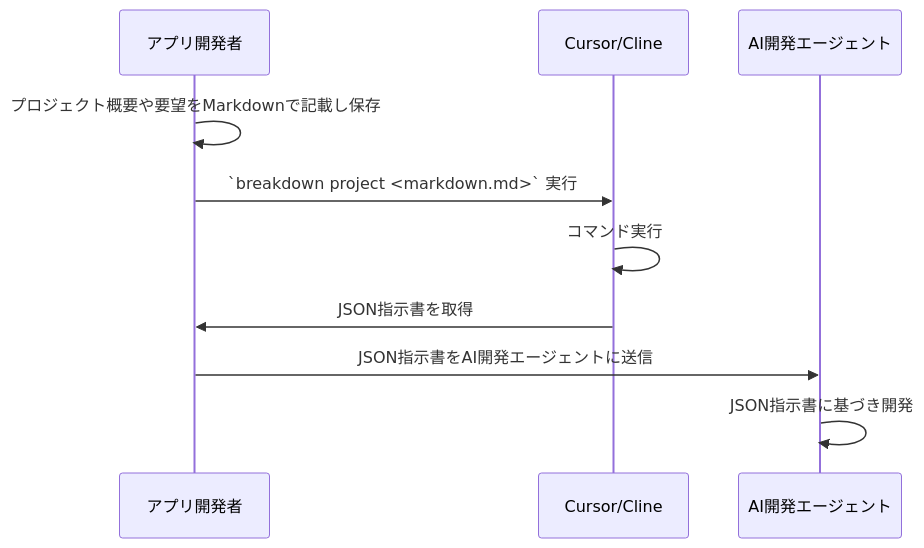
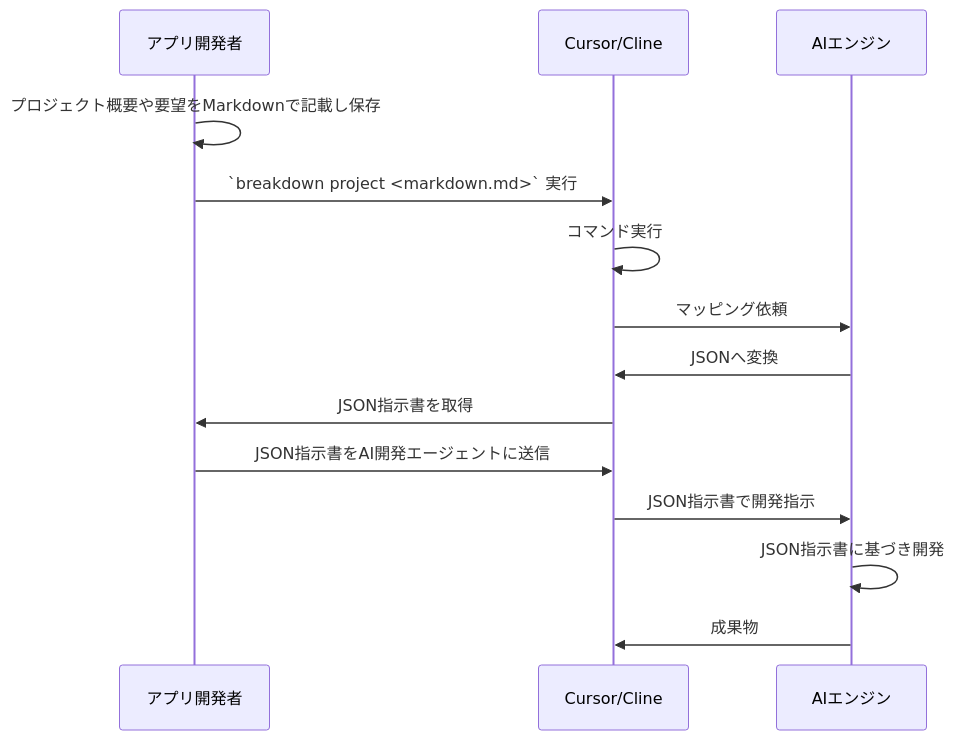
Before and after one commit to tettuan/breakdown: the first of 3 diagrams in docs/index.md, drawn with Mermaid. The commit also changed 2 other files, not shown here.

Commit message:
draft prompts architecture

````diff
--- a/docs/index.md
+++ b/docs/index.md
@@ -28,13 +28,17 @@
 ```mermaid
 sequenceDiagram
   participant Developer as アプリ開発者
   participant CursorCline as Cursor/Cline
-  participant AI as AI開発エージェント
+  participant AI as AIエンジン
 
   Developer->>Developer: プロジェクト概要や要望をMarkdownで記載し保存
   Developer->>CursorCline: `breakdown project <markdown.md>` 実行
   CursorCline->>CursorCline: コマンド実行
+  CursorCline->>AI: マッピング依頼
+  AI->>CursorCline: JSONへ変換
   CursorCline->>Developer: JSON指示書を取得
-  Developer->>AI: JSON指示書をAI開発エージェントに送信
+  Developer->>CursorCline: JSON指示書をAI開発エージェントに送信
+  CursorCline->>AI: JSON指示書で開発指示
   AI->>AI: JSON指示書に基づき開発
+  AI->>CursorCline: 成果物
 ```
````
